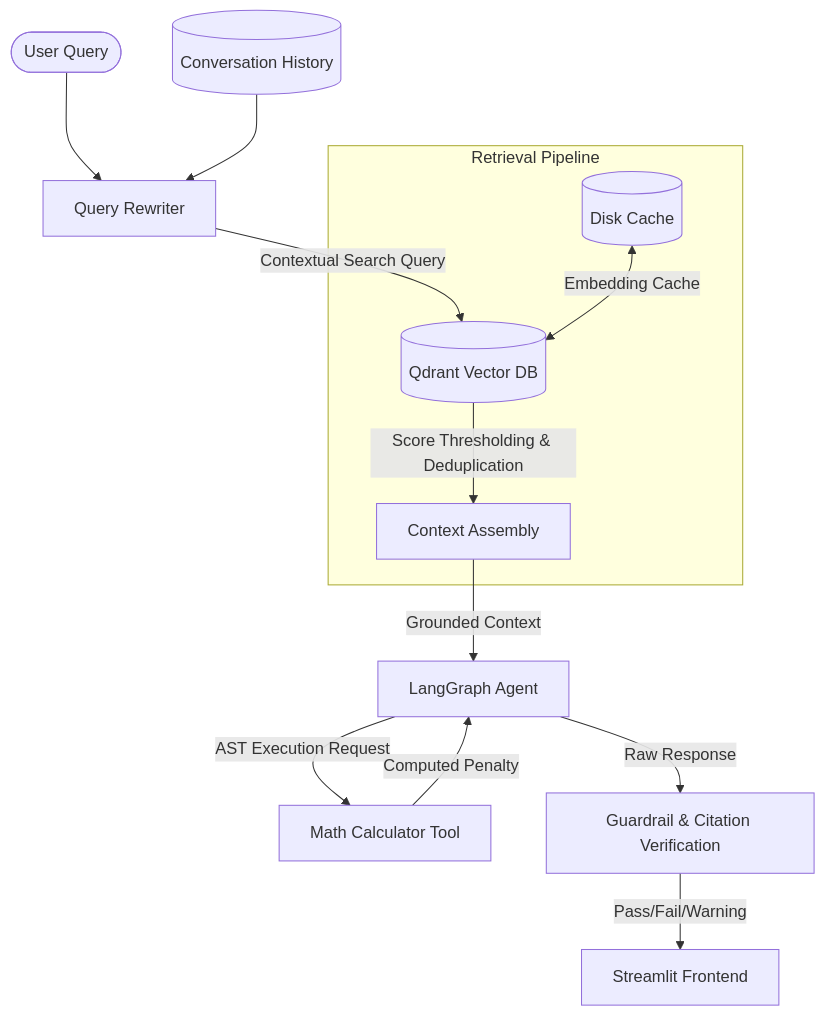
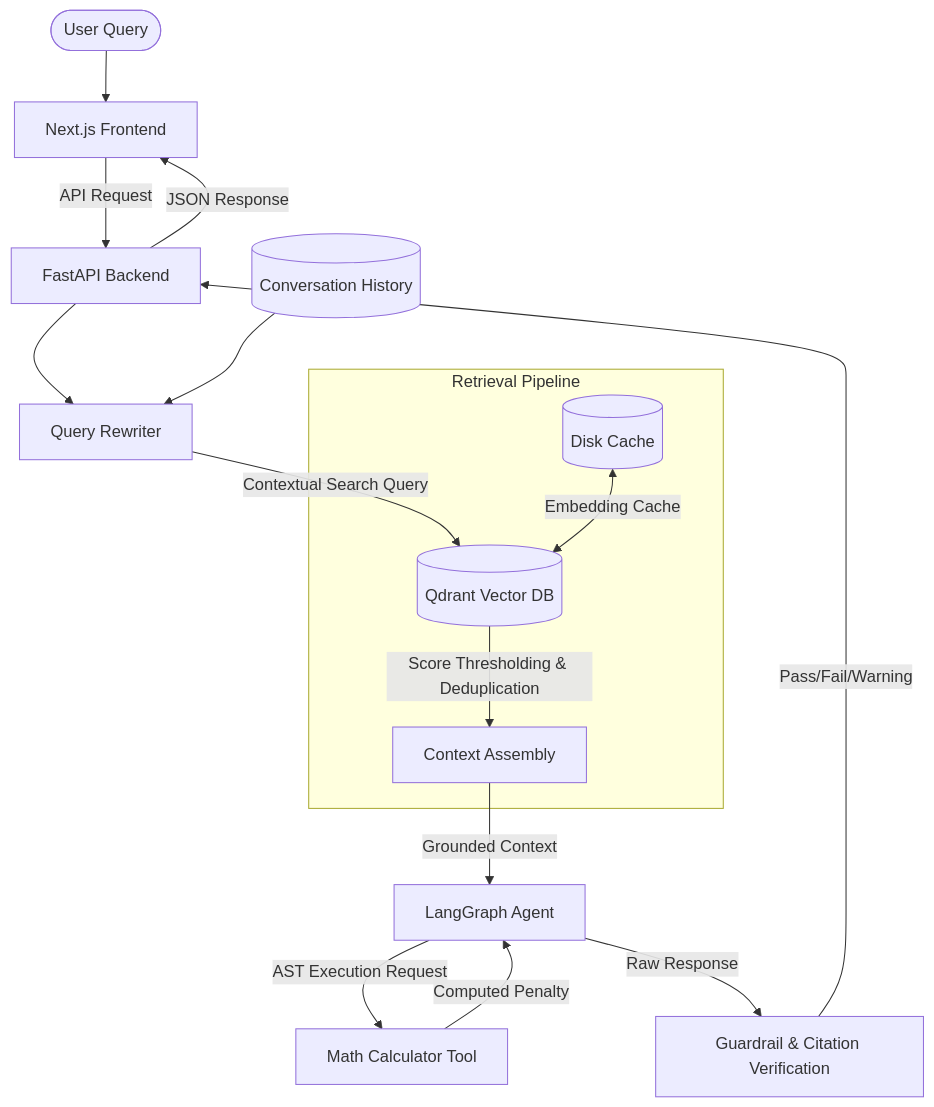
One commit to ShaikTanzeel/uae_hr_nafis_RAG_pipeline changed the diagram in README.md. Above: the diagram before and after it, drawn with Mermaid. The commit also changed other lines of this file and 48 other files, not shown here.

````diff
--- a/README.md
+++ b/README.md
@@ -19,18 +19,21 @@
 ```mermaid
 graph TD
-    User([User Query]) --> QR[Query Rewriter]
+    User([User Query]) --> UI[Next.js Frontend]
+    UI -->|API Request| API[FastAPI Backend]
+    API --> QR[Query Rewriter]
     History[(Conversation History)] --> QR
     QR -->|Contextual Search Query| DB[(Qdrant Vector DB)]
     
     subgraph Retrieval Pipeline
         DB -->|Score Thresholding & Deduplication| CR[Context Assembly]
         Cache[(Disk Cache)] <-->|Embedding Cache| DB
     end
 
     CR -->|Grounded Context| AG[LangGraph Agent]
     AG -->|AST Execution Request| MT[Math Calculator Tool]
     MT -->|Computed Penalty| AG
     
     AG -->|Raw Response| GR[Guardrail & Citation Verification]
-    GR -->|Pass/Fail/Warning| UI[Streamlit Frontend]
+    GR -->|Pass/Fail/Warning| API
+    API -->|JSON Response| UI
 ```
````
